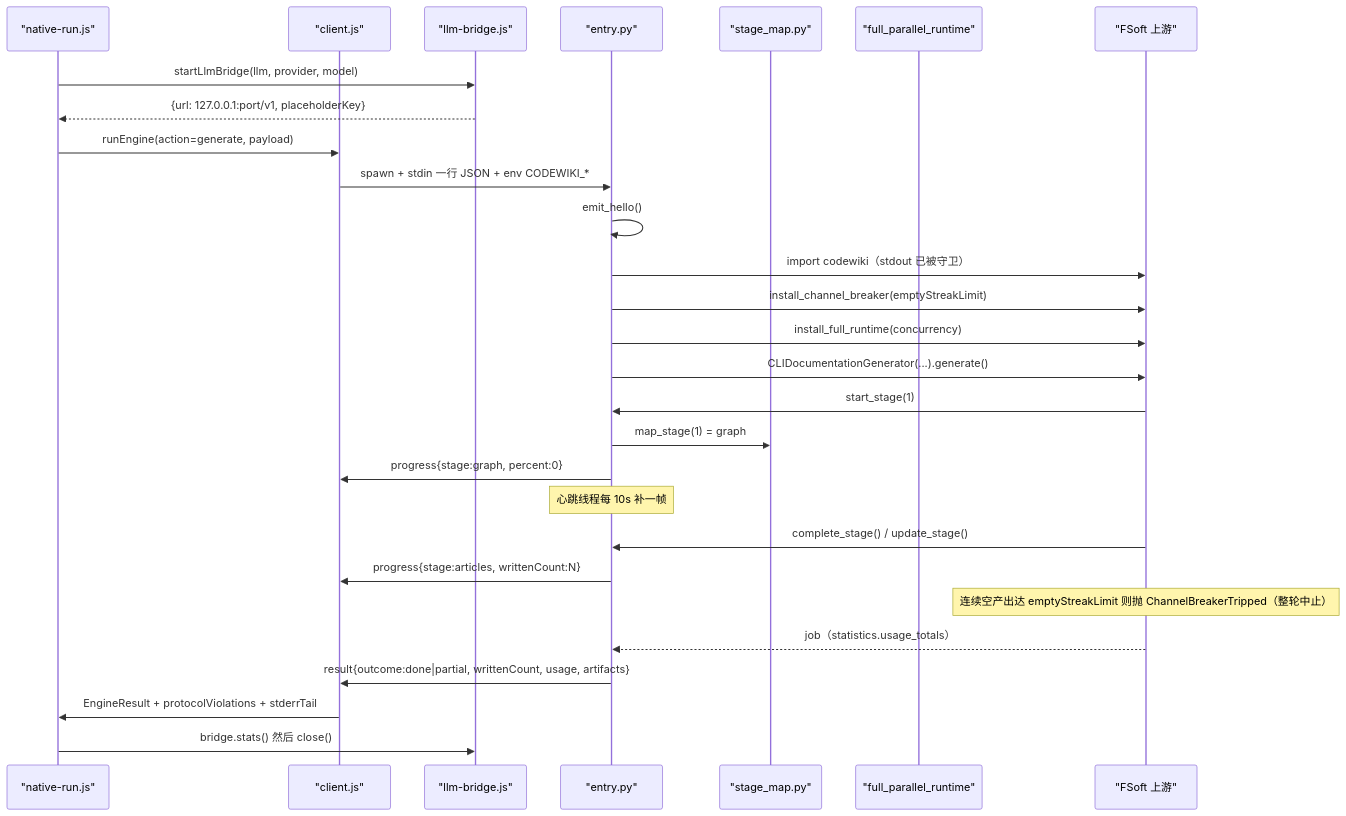
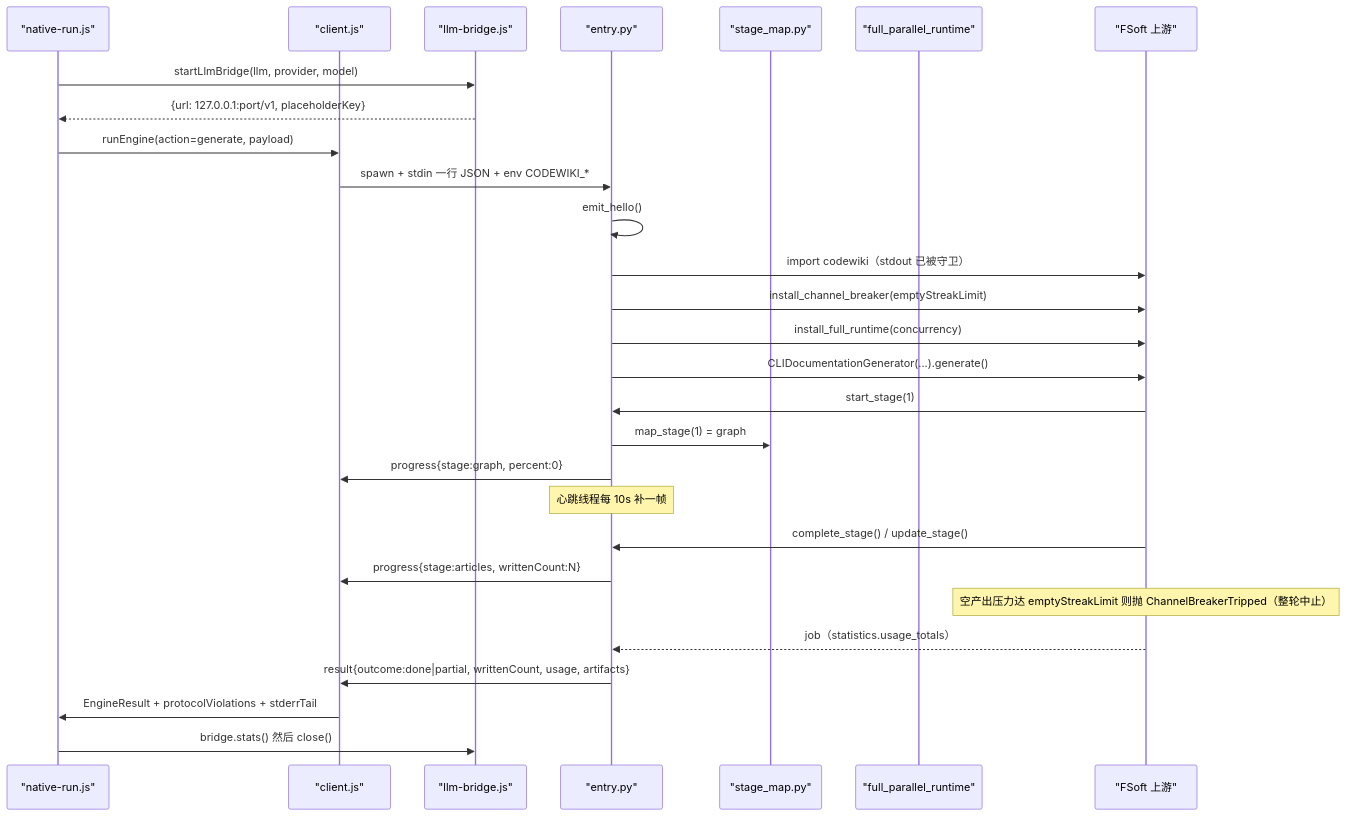
One commit to ikliml666/dsh-codewiki changed diagram 11 of 12 in .codewiki/_native-state/docs/Execution_Runtime___Vendored_Engine/engine-python-runtime.md. Above: the diagram before and after it, drawn with Mermaid. The commit also changed other lines of this file and 30 other files, not shown here.

````diff
--- a/.codewiki/_native-state/docs/Execution_Runtime___Vendored_Engine/engine-python-runtime.md
+++ b/.codewiki/_native-state/docs/Execution_Runtime___Vendored_Engine/engine-python-runtime.md
@@ -800,31 +814,31 @@
 ```mermaid
 sequenceDiagram
     participant NR as "native-run.js"
     participant CL as "client.js"
     participant BR as "llm-bridge.js"
     participant EN as "entry.py"
     participant SM as "stage_map.py"
     participant FP as "full_parallel_runtime"
     participant FS as "FSoft 上游"
 
     NR->>BR: startLlmBridge(llm, provider, model)
     BR-->>NR: {url: 127.0.0.1:port/v1, placeholderKey}
     NR->>CL: runEngine(action=generate, payload)
     CL->>EN: spawn + stdin 一行 JSON + env CODEWIKI_*
     EN->>EN: emit_hello()
     EN->>FS: import codewiki（stdout 已被守卫）
     EN->>FS: install_channel_breaker(emptyStreakLimit)
     EN->>FS: install_full_runtime(concurrency)
     EN->>FS: CLIDocumentationGenerator(...).generate()
     FS->>EN: start_stage(1)
     EN->>SM: map_stage(1) = graph
     EN->>CL: progress{stage:graph, percent:0}
     Note over EN: 心跳线程每 10s 补一帧
     FS->>EN: complete_stage() / update_stage()
     EN->>CL: progress{stage:articles, writtenCount:N}
-    Note over FS: 连续空产出达 emptyStreakLimit 则抛 ChannelBreakerTripped（整轮中止）
+    Note over FS: 空产出压力达 emptyStreakLimit 则抛 ChannelBreakerTripped（整轮中止）
     FS-->>EN: job（statistics.usage_totals）
     EN->>CL: result{outcome:done|partial, writtenCount, usage, artifacts}
     CL->>NR: EngineResult + protocolViolations + stderrTail
     NR->>BR: bridge.stats() 然后 close()
 ```
````
